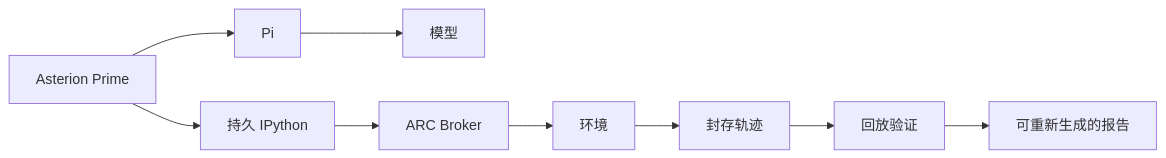
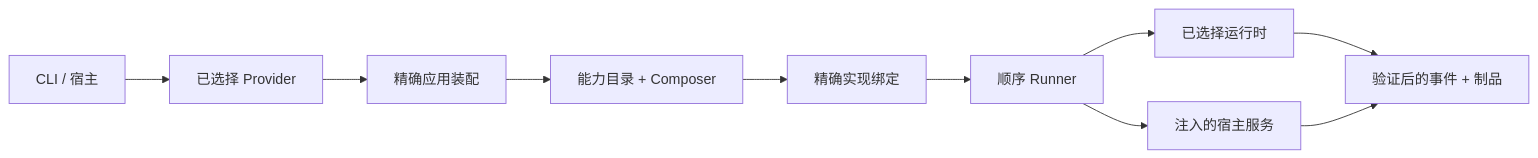
One commit to uukuguy/asterion changed the diagram in README.zh-CN.md. Above: the diagram before and after it, drawn with Mermaid. The commit also changed other lines of this file and 1 other file, not shown here.

Commit message:
docs: make Asterion primary in repository overview

````diff
--- a/README.zh-CN.md
+++ b/README.zh-CN.md
@@ -45,11 +23,12 @@
 ```mermaid
 flowchart LR
-    A[Asterion Prime] --> P[Pi]
-    P --> M[模型]
-    A --> I[持久 IPython]
-    I --> B[ARC Broker]
-    B --> E[环境]
-    E --> T[封存轨迹]
-    T --> V[回放验证]
-    V --> R[可重新生成的报告]
+    H[CLI / 宿主] --> P[已选择 Provider]
+    P --> A[精确应用装配]
+    A --> C[能力目录 + Composer]
+    C --> I[精确实现绑定]
+    I --> R[顺序 Runner]
+    R --> RT[已选择运行时]
+    R --> S[注入的宿主服务]
+    RT --> E[验证后的事件 + 制品]
+    S --> E
 ```
````
